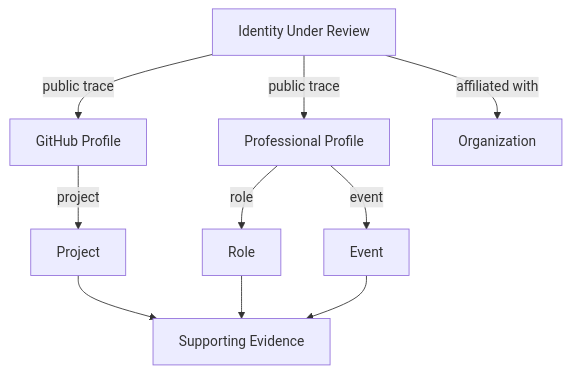
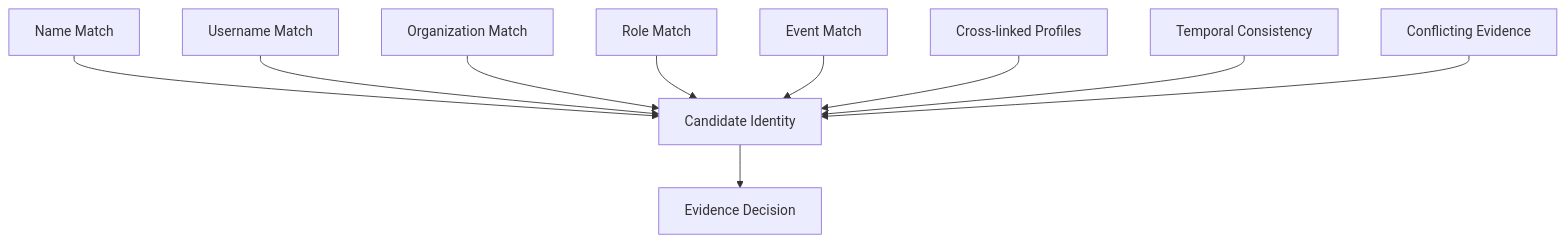
One commit to sdheeraj4/Temporal_Nexus changed the third of 6 diagrams in README.md. Above: the diagram before and after it, drawn with Mermaid. The commit also changed other lines of this file, not shown here.

````diff
--- a/README.md
+++ b/README.md
@@ -543,16 +370,25 @@
 ```mermaid
-graph TD
-    A["Identity Under Review"]
+flowchart TD
 
-    A -->|"public trace"| B["GitHub Profile"]
-    A -->|"public trace"| C["Professional Profile"]
-    A -->|"affiliated with"| D["Organization"]
+    A["Candidate Identity"]
 
-    B -->|"project"| E["Project"]
-    C -->|"role"| F["Role"]
-    C -->|"event"| G["Event"]
+    B["Name Match"]
+    C["Username Match"]
+    D["Organization Match"]
+    E["Role Match"]
+    F["Event Match"]
+    G["Cross-linked Profiles"]
+    H["Temporal Consistency"]
+    I["Conflicting Evidence"]
 
-    E --> H["Supporting Evidence"]
-    F --> H
-    G --> H
+    B --> A
+    C --> A
+    D --> A
+    E --> A
+    F --> A
+    G --> A
+    H --> A
+    I --> A
+
+    A --> J["Evidence Decision"]
 ```
````
